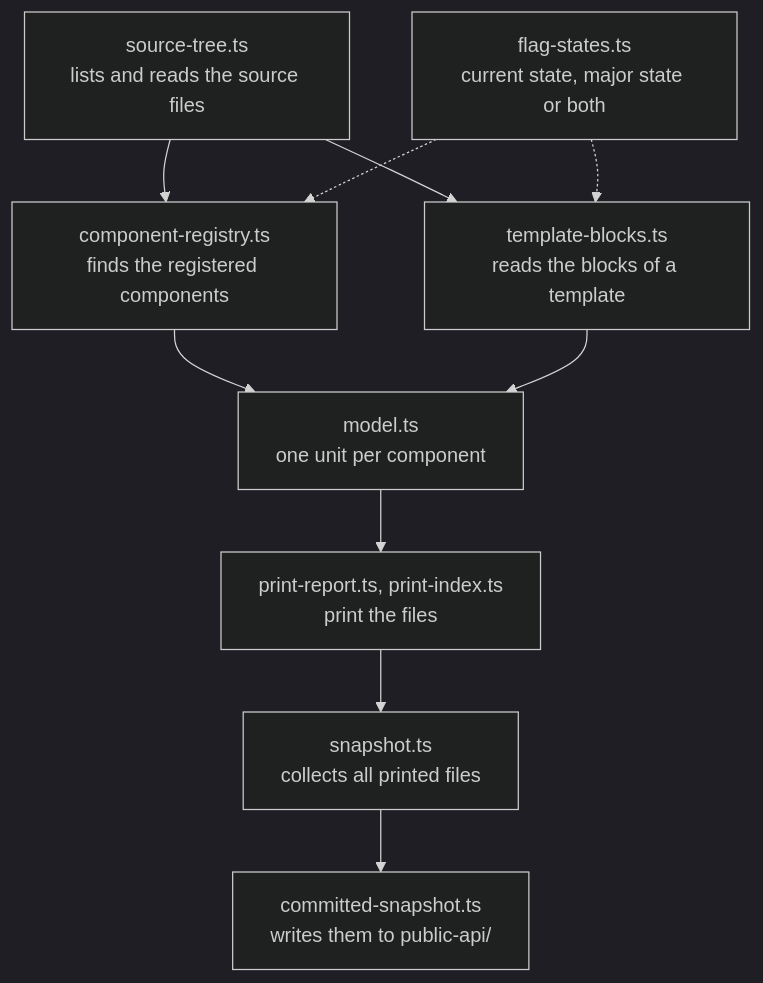
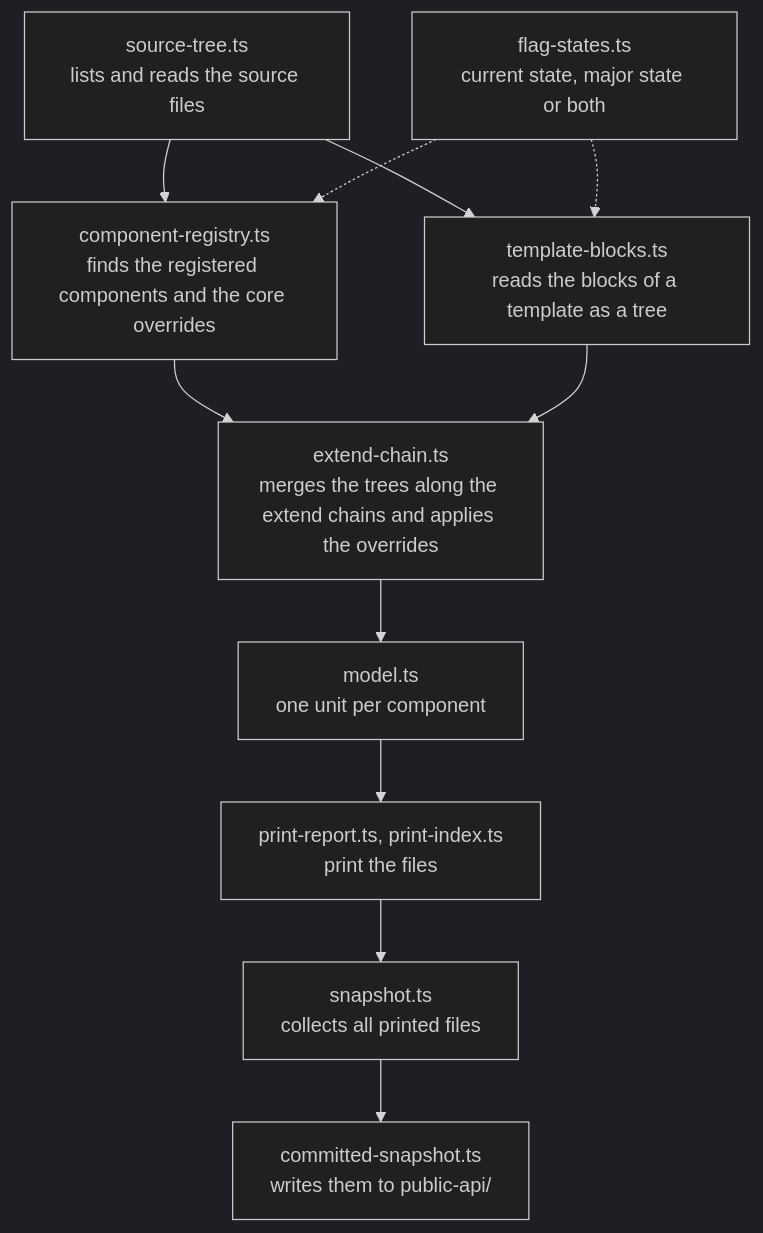
The diagram in src/Administration/Resources/app/administration/scripts/generate-public-api/README.md (shopware/shopware), drawn with Mermaid (dark theme) before and after one commit. The commit also changed other lines of this file and 152 other files, not shown here.

First line of the commit message:
feat(administration): resolve extend chains in the public API snapshot

````diff
--- a/src/Administration/Resources/app/administration/scripts/generate-public-api/README.md
+++ b/src/Administration/Resources/app/administration/scripts/generate-public-api/README.md
@@ -12,17 +12,18 @@
 ```mermaid
 flowchart TD
     tree["source-tree.ts<br/>lists and reads the source files"]
-    registry["component-registry.ts<br/>finds the registered components"]
-    blocks["template-blocks.ts<br/>reads the blocks of a template"]
+    registry["component-registry.ts<br/>finds the registered components and the core overrides"]
+    blocks["template-blocks.ts<br/>reads the blocks of a template as a tree"]
+    chain["extend-chain.ts<br/>merges the trees along the extend chains and applies the overrides"]
     flags["flag-states.ts<br/>current state, major state or both"]
     model["model.ts<br/>one unit per component"]
     printers["print-report.ts, print-index.ts<br/>print the files"]
     snapshot["snapshot.ts<br/>collects all printed files"]
     committed["committed-snapshot.ts<br/>writes them to public-api/"]
 
-    tree --> registry --> model
-    tree --> blocks --> model
+    tree --> registry --> chain
+    tree --> blocks --> chain --> model
     flags -.-> registry
     flags -.-> blocks
     model --> printers --> snapshot --> committed
 ```
````
